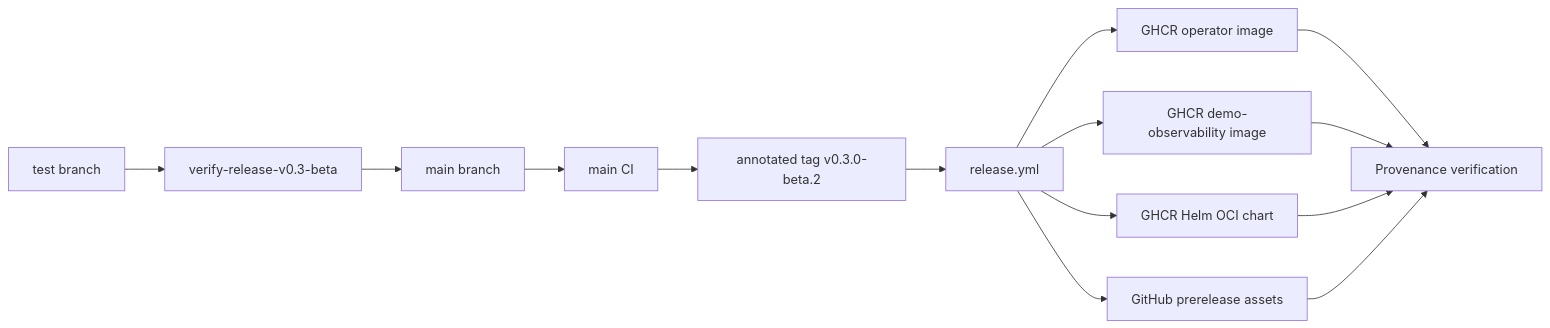
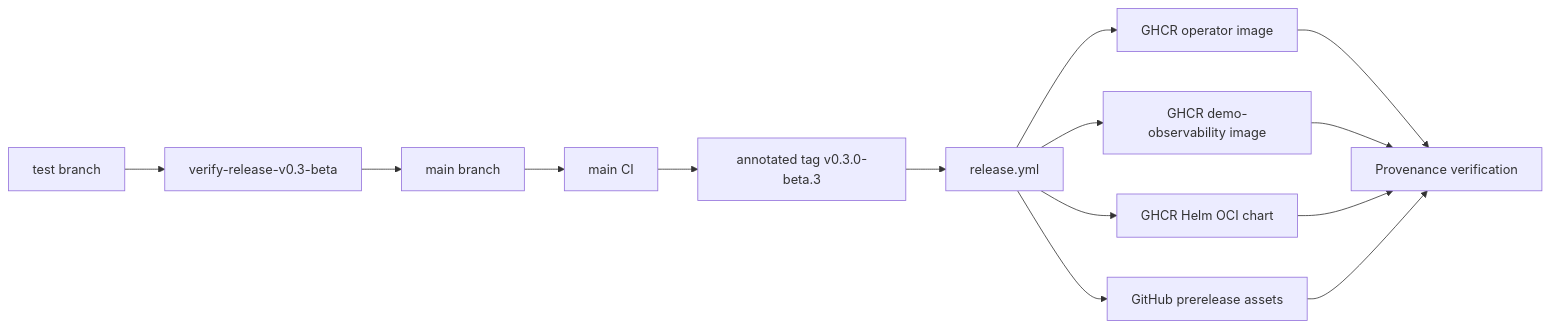
One commit to FluxSeer/fluxseer-rca changed diagram 17 of 18 in docs/architecture/mermaid-diagrams.md. Above: the diagram before and after it, drawn with Mermaid. The commit also changed other lines of this file and 10 other files, not shown here.

````diff
--- a/docs/architecture/mermaid-diagrams.md
+++ b/docs/architecture/mermaid-diagrams.md
@@ -865,28 +865,28 @@
 ```mermaid
 flowchart LR
     TestBranch[test branch]
     MainBranch[main branch]
     Gate[verify-release-v0.3-beta]
     MainCI[main CI]
-    Tag[annotated tag v0.3.0-beta.2]
+    Tag[annotated tag v0.3.0-beta.3]
     ReleaseWF[release.yml]
     Operator[GHCR operator image]
     Demo[GHCR demo-observability image]
     Chart[GHCR Helm OCI chart]
     GitHubRelease[GitHub prerelease assets]
     Provenance[Provenance verification]
 
     TestBranch --> Gate
     Gate --> MainBranch
     MainBranch --> MainCI
     MainCI --> Tag
     Tag --> ReleaseWF
     ReleaseWF --> Operator
     ReleaseWF --> Demo
     ReleaseWF --> Chart
     ReleaseWF --> GitHubRelease
     Operator --> Provenance
     Demo --> Provenance
     Chart --> Provenance
     GitHubRelease --> Provenance
 ```
````
